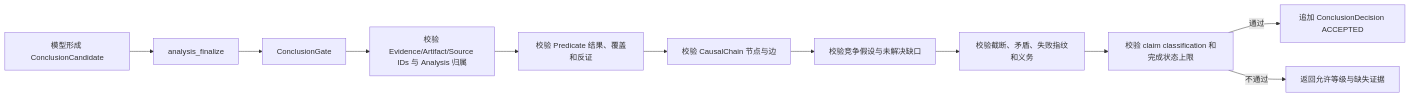
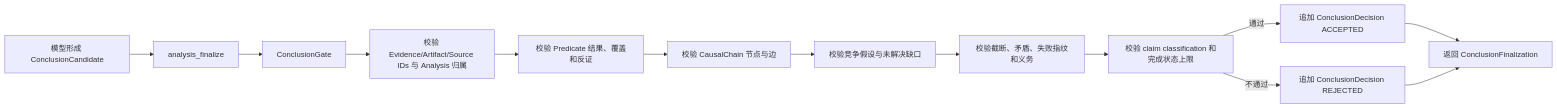
Before and after one commit to mh90901119-oss/algorithm-debug-agent: the sixth of 6 diagrams in docs/designs/2026-09-25-portable-mcp-subagent-and-coordinator-design.md, drawn with Mermaid. The commit also changed other lines of this file and 42 other files, not shown here.

````diff
--- a/docs/designs/2026-09-25-portable-mcp-subagent-and-coordinator-design.md
+++ b/docs/designs/2026-09-25-portable-mcp-subagent-and-coordinator-design.md
@@ -1126,13 +1124,15 @@
 ```mermaid
 flowchart LR
     MODEL["模型形成 ConclusionCandidate"] --> FINALIZE["analysis_finalize"]
     FINALIZE --> GATE["ConclusionGate"]
     GATE --> IDS["校验 Evidence/Artifact/Source IDs 与 Analysis 归属"]
     IDS --> PRED["校验 Predicate 结果、覆盖和反证"]
     PRED --> CHAIN["校验 CausalChain 节点与边"]
     CHAIN --> ALT["校验竞争假设与未解决缺口"]
     ALT --> LIMIT["校验截断、矛盾、失败指纹和义务"]
     LIMIT --> CLASS["校验 claim classification 和完成状态上限"]
     CLASS -->|"通过"| ACCEPT["追加 ConclusionDecision ACCEPTED"]
-    CLASS -->|"不通过"| REJECT["返回允许等级与缺失证据"]
+    CLASS -->|"不通过"| REJECT["追加 ConclusionDecision REJECTED"]
+    ACCEPT --> FINAL["返回 ConclusionFinalization"]
+    REJECT --> FINAL
 ```
````
